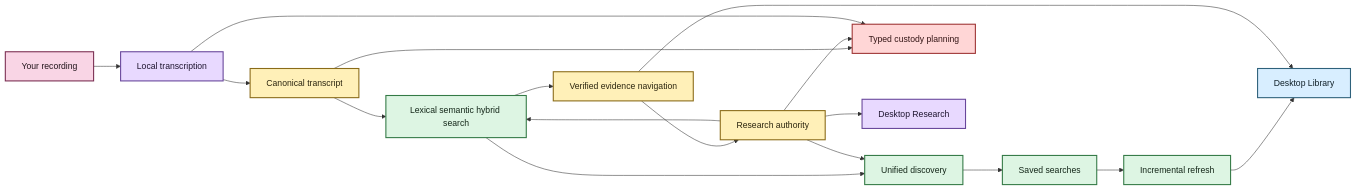
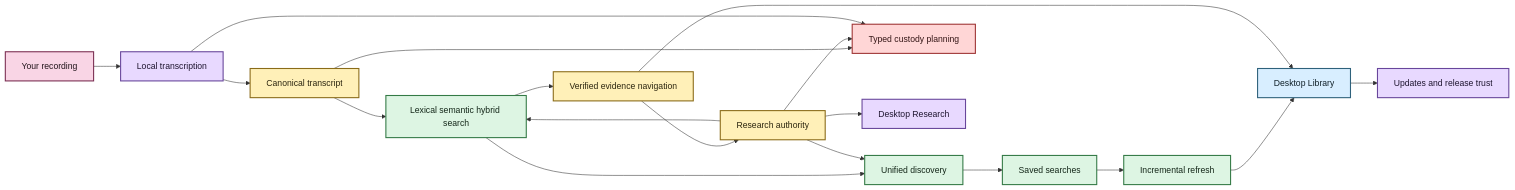
Before and after one commit to SSD1805/Scholion: the diagram in docs/README.md, drawn with Mermaid. The commit also changed other lines of this file, not shown here.

````diff
--- a/docs/README.md
+++ b/docs/README.md
@@ -76,34 +89,35 @@
 ```mermaid
 flowchart LR
     A[Your recording] --> B[Local transcription]
     B --> C[Canonical transcript]
     C --> D[Lexical semantic hybrid search]
     D --> E[Verified evidence navigation]
     E --> F[Research authority]
     F --> D
     D --> G[Unified discovery]
     F --> G
     G --> H[Saved searches]
     C --> I[Typed custody planning]
     F --> I
     B --> I
     H --> J[Incremental refresh]
     J --> K[Desktop Library]
     E --> K
     F --> L[Desktop Research]
+    K --> M[Updates and release trust]
 
     classDef source fill:#F9D5E5,stroke:#7B2E52,stroke-width:2px,color:#22151B
     classDef process fill:#E8D9FF,stroke:#68469B,stroke-width:2px,color:#1F1630
     classDef evidence fill:#FFF0B8,stroke:#8A6B18,stroke-width:2px,color:#2C260F
     classDef view fill:#DDF5E3,stroke:#347A46,stroke-width:2px,color:#142719
     classDef inspect fill:#D8EEFF,stroke:#2E617B,stroke-width:2px,color:#12222A
     classDef stop fill:#FFD6D6,stroke:#9E3434,stroke-width:2px,color:#351616
 
     class A source
-    class B process
+    class B,M process
     class C,E,F evidence
     class D,G,H,J view
     class I stop
     class K inspect
     class L process
 ```
````
